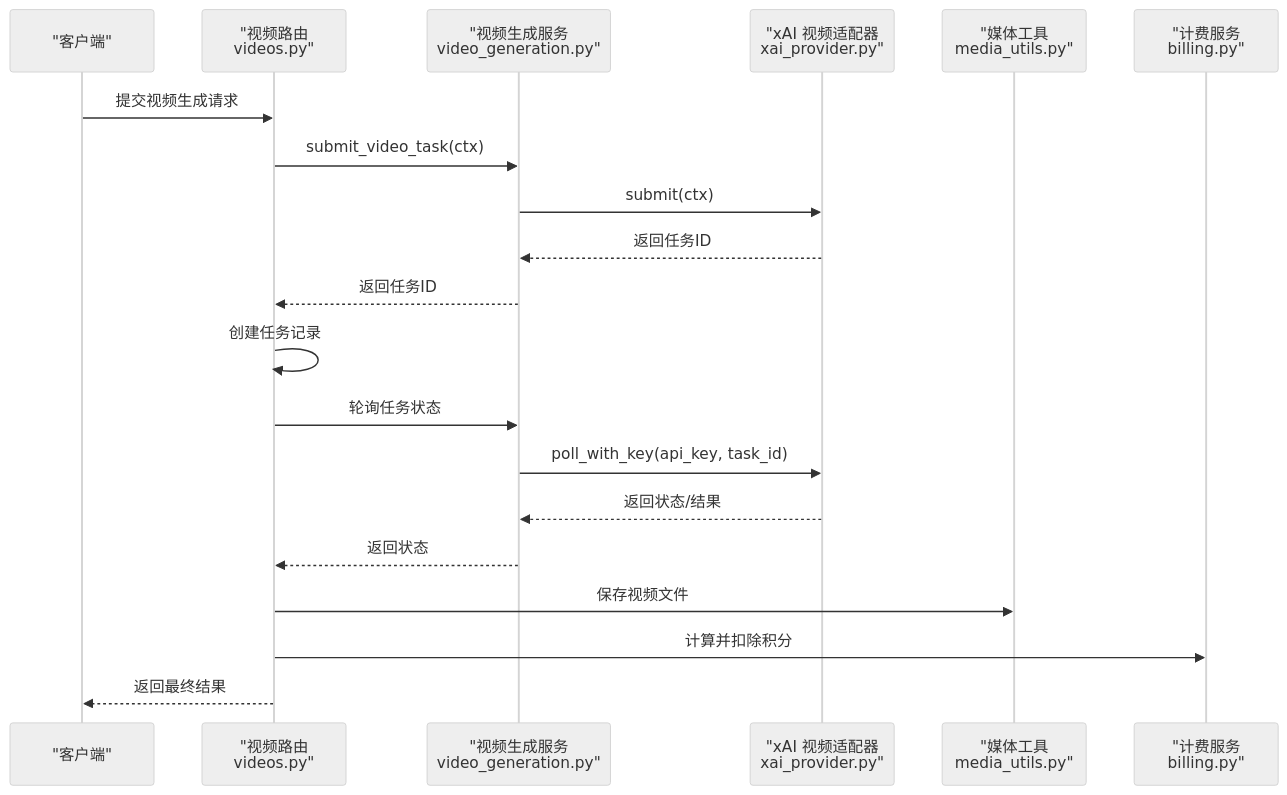
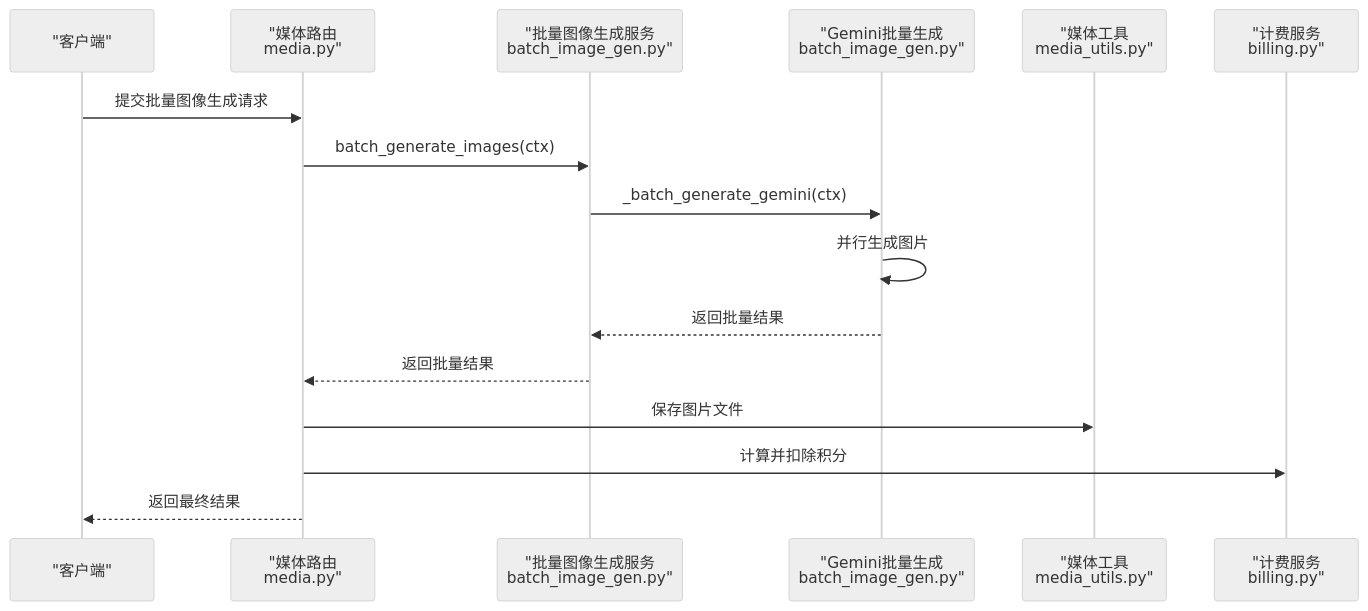
Before and after one commit to KunLabAI/KunFlix: the second of 14 diagrams in .qoder/repowiki/zh/content/后端服务架构/业务服务层/媒体生成服务/图像生成系统/图像生成系统.md, drawn with Mermaid (neutral theme). The commit also changed other lines of this file and 10 other files, not shown here.

First line of the commit message:
feat(gemini): 新增Gemini Nano Banana图像生成功能及编辑支持

````diff
--- a/.qoder/repowiki/zh/content/后端服务架构/业务服务层/媒体生成服务/图像生成系统/图像生成系统.md
+++ b/.qoder/repowiki/zh/content/后端服务架构/业务服务层/媒体生成服务/图像生成系统/图像生成系统.md
@@ -178,22 +202,18 @@
 ```mermaid
 sequenceDiagram
 participant Client as "客户端"
-participant Router as "视频路由<br/>videos.py"
-participant Service as "视频生成服务<br/>video_generation.py"
-participant Adapter as "xAI 视频适配器<br/>xai_provider.py"
+participant Router as "媒体路由<br/>media.py"
+participant Service as "批量图像生成服务<br/>batch_image_gen.py"
+participant Gemini as "Gemini批量生成<br/>batch_image_gen.py"
 participant Media as "媒体工具<br/>media_utils.py"
 participant Billing as "计费服务<br/>billing.py"
-Client->>Router : 提交视频生成请求
-Router->>Service : submit_video_task(ctx)
-Service->>Adapter : submit(ctx)
-Adapter-->>Service : 返回任务ID
-Service-->>Router : 返回任务ID
-Router->>Router : 创建任务记录
-Router->>Service : 轮询任务状态
-Service->>Adapter : poll_with_key(api_key, task_id)
-Adapter-->>Service : 返回状态/结果
-Service-->>Router : 返回状态
-Router->>Media : 保存视频文件
+Client->>Router : 提交批量图像生成请求
+Router->>Service : batch_generate_images(ctx)
+Service->>Gemini : _batch_generate_gemini(ctx)
+Gemini->>Gemini : 并行生成图片
+Gemini-->>Service : 返回批量结果
+Service-->>Router : 返回批量结果
+Router->>Media : 保存图片文件
 Router->>Billing : 计算并扣除积分
 Router-->>Client : 返回最终结果
 ```
````
